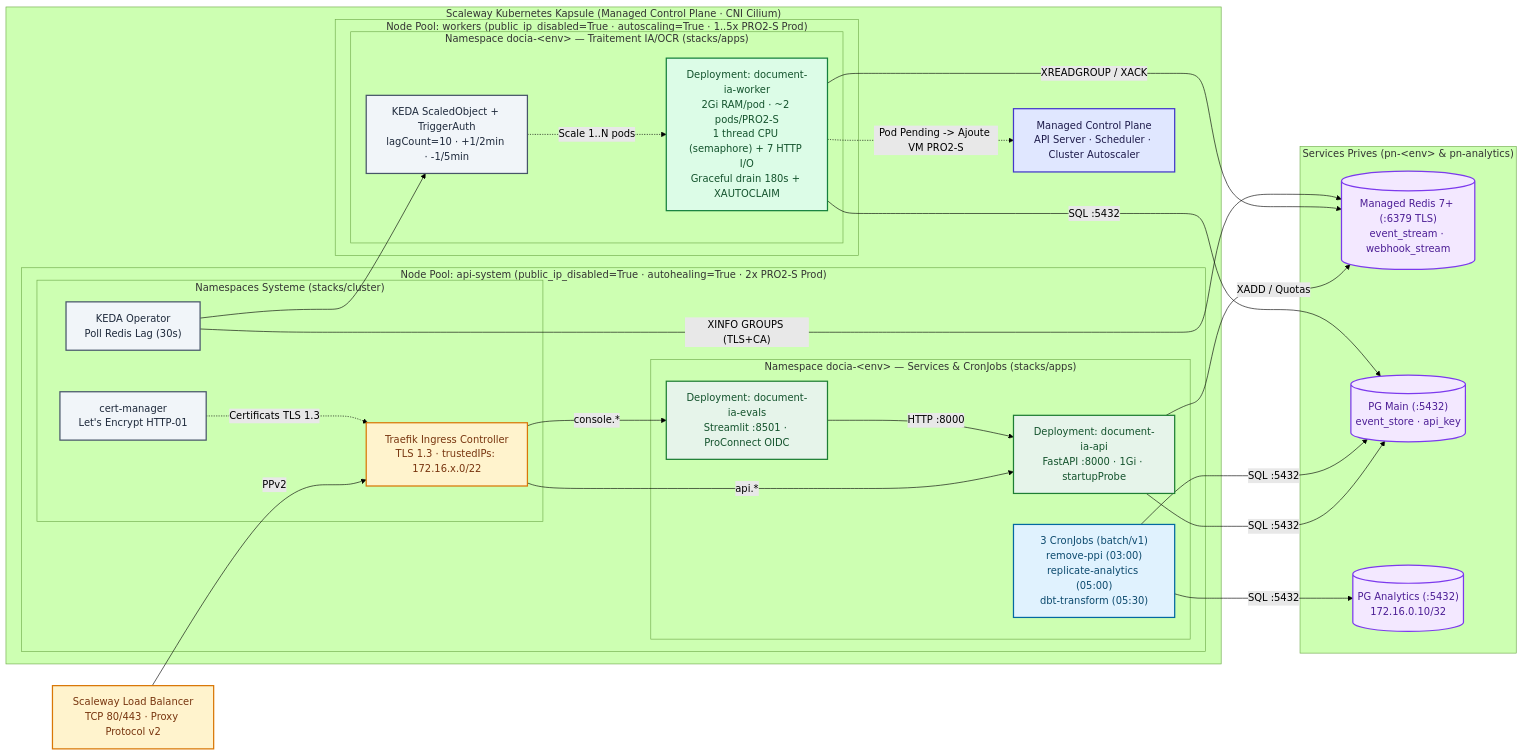
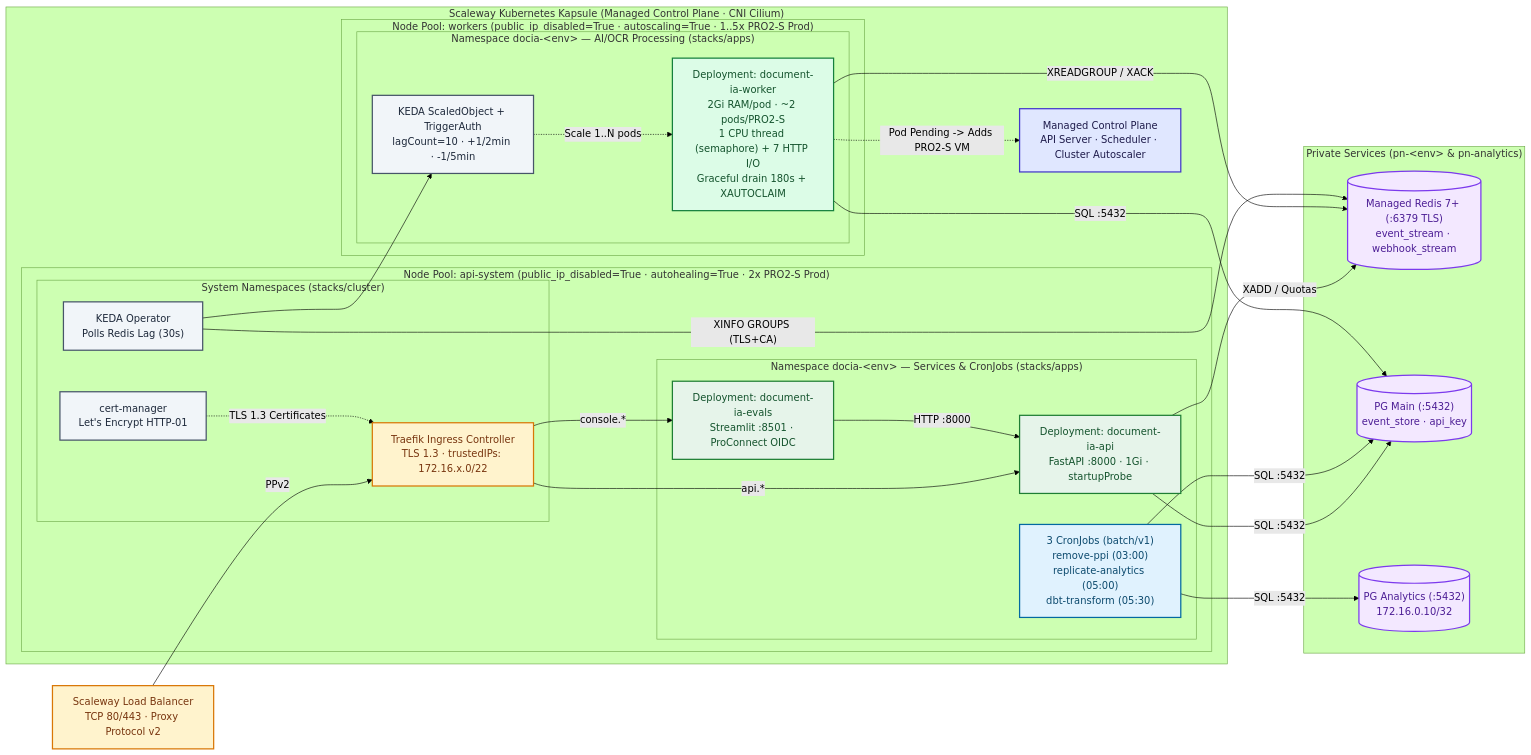
One commit to etalab-ia/document-ia-infra changed diagram 11 of 21 in docs/ARCHITECTURE.md. Above: the diagram before and after it, drawn with Mermaid (forest theme). The commit also changed other lines of this file, not shown here.

Commit message:
docs(architecture): translate remaining French labels in Mermaid diagrams to English

````diff
--- a/docs/ARCHITECTURE.md
+++ b/docs/ARCHITECTURE.md
@@ -741,64 +741,64 @@
 ```mermaid
 flowchart LR
     classDef ingress fill:#fff3cd,stroke:#d97706,stroke-width:2px,color:#78350f
     classDef control fill:#e0e7ff,stroke:#4338ca,stroke-width:2px,color:#1e1b4b
     classDef sys fill:#f1f5f9,stroke:#475569,stroke-width:2px,color:#1e293b
     classDef app fill:#e6f4ea,stroke:#1e7e34,stroke-width:2px,color:#14532d
     classDef worker fill:#dcfce7,stroke:#15803d,stroke-width:2px,color:#14532d
     classDef cron fill:#e0f2fe,stroke:#0369a1,stroke-width:2px,color:#0c4a6e
     classDef data fill:#f3e8ff,stroke:#7c3aed,stroke-width:2px,color:#4c1d95
 
     LB["Scaleway Load Balancer<br/>TCP 80/443 · Proxy Protocol v2"]:::ingress
 
     subgraph KAPSULE["Scaleway Kubernetes Kapsule (Managed Control Plane · CNI Cilium)"]
         CP["Managed Control Plane<br/>API Server · Scheduler · Cluster Autoscaler"]:::control
 
         subgraph POOL_SYS["Node Pool: api-system (public_ip_disabled=True · autohealing=True · 2x PRO2-S Prod)"]
-            subgraph NS_SYS["Namespaces Systeme (stacks/cluster)"]
+            subgraph NS_SYS["System Namespaces (stacks/cluster)"]
                 TRAEFIK["Traefik Ingress Controller<br/>TLS 1.3 · trustedIPs: 172.16.x.0/22"]:::ingress
                 CERTMGR["cert-manager<br/>Let's Encrypt HTTP-01"]:::sys
-                KEDA_OP["KEDA Operator<br/>Poll Redis Lag (30s)"]:::sys
+                KEDA_OP["KEDA Operator<br/>Polls Redis Lag (30s)"]:::sys
             end
 
             subgraph NS_APP_SYS["Namespace docia-&lt;env&gt; — Services & CronJobs (stacks/apps)"]
                 EVALS["Deployment: document-ia-evals<br/>Streamlit :8501 · ProConnect OIDC"]:::app
                 API["Deployment: document-ia-api<br/>FastAPI :8000 · 1Gi · startupProbe"]:::app
                 CRONS["3 CronJobs (batch/v1)<br/>remove-ppi (03:00)<br/>replicate-analytics (05:00)<br/>dbt-transform (05:30)"]:::cron
             end
         end
 
         subgraph POOL_WRK["Node Pool: workers (public_ip_disabled=True · autoscaling=True · 1..5x PRO2-S Prod)"]
-            subgraph NS_APP_WRK["Namespace docia-&lt;env&gt; — Traitement IA/OCR (stacks/apps)"]
+            subgraph NS_APP_WRK["Namespace docia-&lt;env&gt; — AI/OCR Processing (stacks/apps)"]
                 KEDA_SO["KEDA ScaledObject + TriggerAuth<br/>lagCount=10 · +1/2min · -1/5min"]:::sys
-                WORKERS["Deployment: document-ia-worker<br/>2Gi RAM/pod · ~2 pods/PRO2-S<br/>1 thread CPU (semaphore) + 7 HTTP I/O<br/>Graceful drain 180s + XAUTOCLAIM"]:::worker
+                WORKERS["Deployment: document-ia-worker<br/>2Gi RAM/pod · ~2 pods/PRO2-S<br/>1 CPU thread (semaphore) + 7 HTTP I/O<br/>Graceful drain 180s + XAUTOCLAIM"]:::worker
             end
         end
     end
 
-    subgraph PN_DATA["Services Prives (pn-&lt;env&gt; & pn-analytics)"]
+    subgraph PN_DATA["Private Services (pn-&lt;env&gt; & pn-analytics)"]
         REDIS[("Managed Redis 7+ (:6379 TLS)<br/>event_stream · webhook_stream")]:::data
         PG_MAIN[("PG Main (:5432)<br/>event_store · api_key")]:::data
         PG_ANA[("PG Analytics (:5432)<br/>172.16.0.10/32")]:::data
     end
 
     %% Ingress & TLS
     LB -->|"PPv2"| TRAEFIK
-    CERTMGR -.->|"Certificats TLS 1.3"| TRAEFIK
+    CERTMGR -.->|"TLS 1.3 Certificates"| TRAEFIK
     TRAEFIK -->|"console.*"| EVALS
     TRAEFIK -->|"api.*"| API
     EVALS -->|"HTTP :8000"| API
 
     %% Scaling loop (KEDA -> Workers -> Cluster Autoscaler)
     KEDA_OP --> KEDA_SO
     KEDA_SO -.->|"Scale 1..N pods"| WORKERS
-    WORKERS -.->|"Pod Pending -> Ajoute VM PRO2-S"| CP
+    WORKERS -.->|"Pod Pending -> Adds PRO2-S VM"| CP
 
     %% Private Data Flows
     API -->|"XADD / Quotas"| REDIS
     API -->|"SQL :5432"| PG_MAIN
     CRONS -->|"SQL :5432"| PG_MAIN
     CRONS -->|"SQL :5432"| PG_ANA
     WORKERS -->|"XREADGROUP / XACK"| REDIS
     WORKERS -->|"SQL :5432"| PG_MAIN
     KEDA_OP -->|"XINFO GROUPS (TLS+CA)"| REDIS
 ```
````
